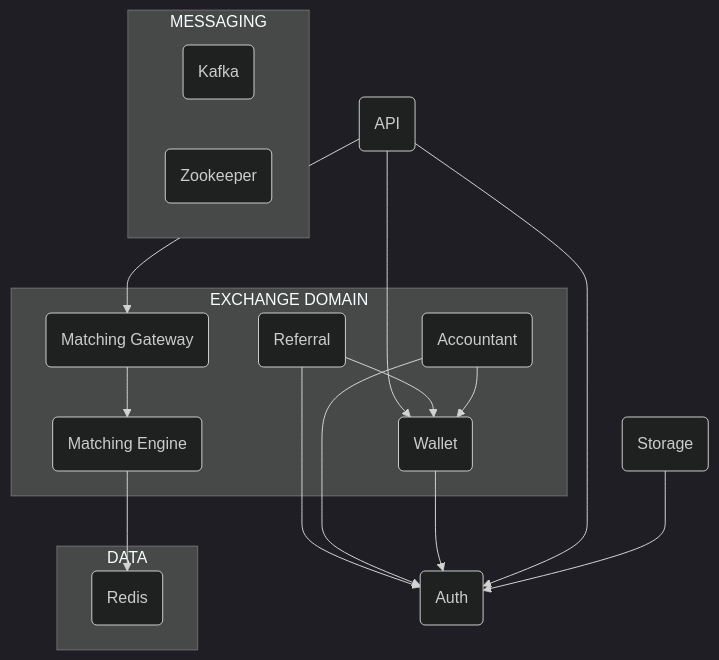
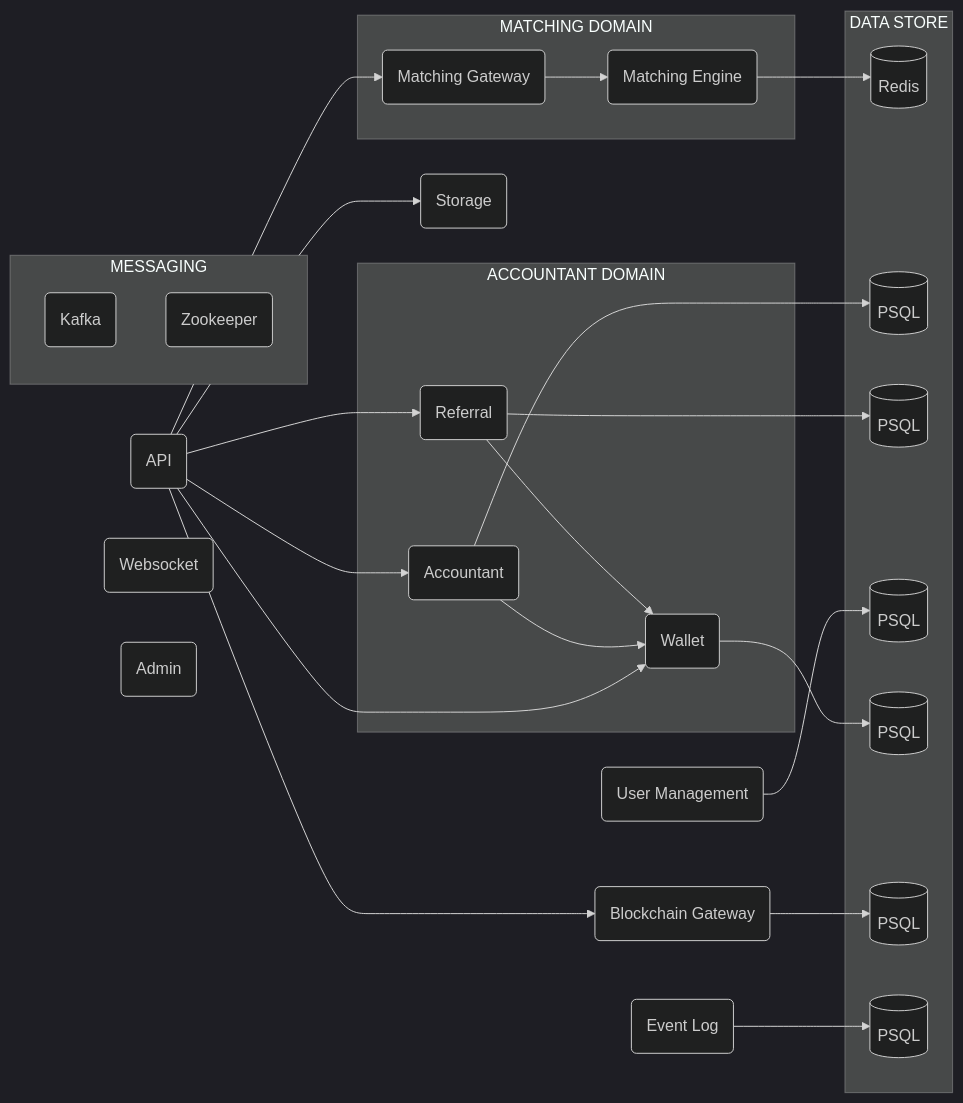
Before and after one commit to opexdev/core: the diagram in README.md, drawn with Mermaid (dark theme).

````diff
--- a/README.md
+++ b/README.md
@@ -52,38 +52,63 @@
 ```mermaid
-    graph TD
+    graph LR
+        USER_MANAGMENT(User Management)
         KAFKA(Kafka)
         ZOOKEEPER(Zookeeper)
-        REDIS(Redis)
+        REDIS[(Redis)]
+        ACCOUNTANT_POSTGRESQL[(PSQL)]
+        REFERRAL_POSTGRESQL[(PSQL)]
+        USER_MANAGMENT_POSTGRESQL[(PSQL)]
+        WALLET_POSTGRESQL[(PSQL)]
+        BC_GATEWAY_POSTGRESQL[(PSQL)]
+        EVENTLOG_POSTGRESQL[(PSQL)]
+        ACCOUNTANT(Accountant)
         API(API)
         WALLET(Wallet)
         MATCHING_ENGINE(Matching Engine)
         MATCHING_GATEWAY(Matching Gateway)
         REFERRAL(Referral)
-        AUTH(Auth)
-        ACCOUNTANT(Accountant)
         STORAGE(Storage)
+        BC_GATEWAY(Blockchain Gateway)
+        WEBSOCKET(Websocket)
+        ADMIN(Admin)
+        EVENTLOG(Event Log)
+                
+        API-->MATCHING_GATEWAY
+        API-->WALLET
+        API-->REFERRAL
+        API-->STORAGE
+        API-->BC_GATEWAY
+        API-->ACCOUNTANT
         
-        subgraph DATA
-            REDIS
-        end
+        MATCHING_ENGINE-->REDIS
+        USER_MANAGMENT-->USER_MANAGMENT_POSTGRESQL
+        BC_GATEWAY-->BC_GATEWAY_POSTGRESQL
+        REFERRAL-->REFERRAL_POSTGRESQL
+        WALLET-->WALLET_POSTGRESQL
+        ACCOUNTANT-->ACCOUNTANT_POSTGRESQL
+        EVENTLOG-->EVENTLOG_POSTGRESQL
         
         subgraph MESSAGING
             KAFKA
             ZOOKEEPER
         end
         
-        subgraph EXCHANGE DOMAIN
+        subgraph MATCHING DOMAIN
             MATCHING_GATEWAY-->MATCHING_ENGINE
+        end
+        
+        subgraph ACCOUNTANT DOMAIN
             ACCOUNTANT-->WALLET
             REFERRAL-->WALLET
         end
-
-        STORAGE-->AUTH
-        MATCHING_ENGINE-->REDIS
-        API-->WALLET
-        API-->AUTH
-        API-->MATCHING_GATEWAY
-        WALLET-->AUTH
-        ACCOUNTANT-->AUTH
-        REFERRAL-->AUTH
+        
+        subgraph DATA STORE
+            BC_GATEWAY_POSTGRESQL
+            REFERRAL_POSTGRESQL
+            ACCOUNTANT_POSTGRESQL
+            WALLET_POSTGRESQL
+            USER_MANAGMENT_POSTGRESQL
+            EVENTLOG_POSTGRESQL
+            REDIS
+        end
 ```
````
